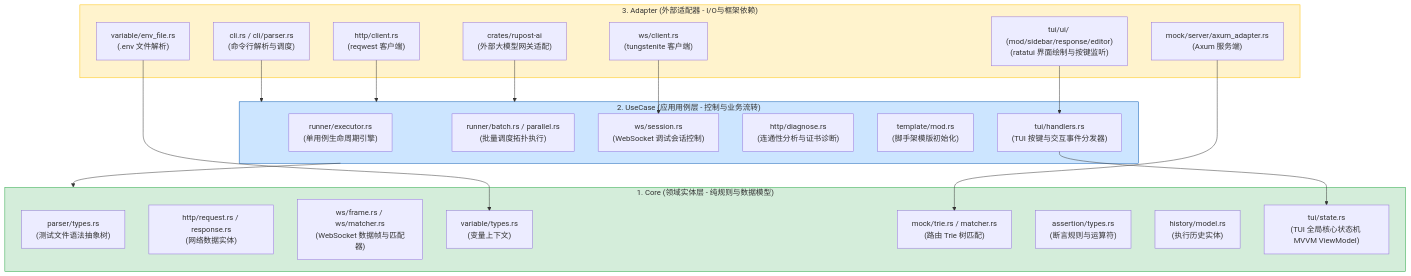
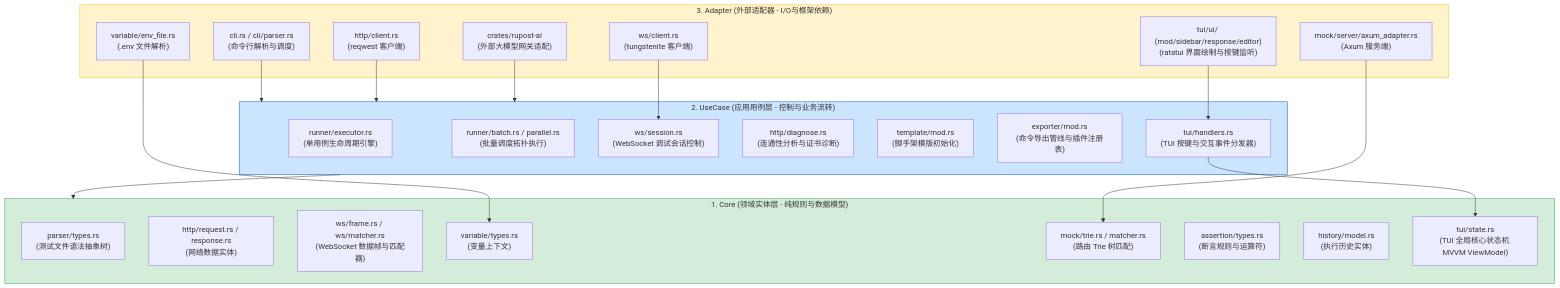
The diagram in doc/architecture/directory_structure.md (zseyen/rupost), drawn with Mermaid before and after one commit. The commit also changed other lines of this file and 16 other files, not shown here.

````diff
--- a/doc/architecture/directory_structure.md
+++ b/doc/architecture/directory_structure.md
@@ -27,48 +27,49 @@
 ```mermaid
 graph TD
     subgraph Adapter ["3. Adapter (外部适配器 - I/O与框架依赖)"]
         CLI["cli.rs / cli/parser.rs<br>(命令行解析与调度)"]
         HttpAdapter["http/client.rs<br>(reqwest 客户端)"]
         WSAdapter["ws/client.rs<br>(tungstenite 客户端)"]
         MockServer["mock/server/axum_adapter.rs<br>(Axum 服务端)"]
         EnvParser["variable/env_file.rs<br>(.env 文件解析)"]
         TUIView["tui/ui/ (mod/sidebar/response/editor)<br>(ratatui 界面绘制与按键监听)"]
         RupostAiCrate["crates/rupost-ai<br>(外部大模型网关适配)"]
     end
 
     subgraph UseCase ["2. UseCase (应用用例层 - 控制与业务流转)"]
         Executor["runner/executor.rs<br>(单用例生命周期引擎)"]
         Batch["runner/batch.rs / parallel.rs<br>(批量调度拓扑执行)"]
         WSSession["ws/session.rs<br>(WebSocket 调试会话控制)"]
         DiagnoseUseCase["http/diagnose.rs<br>(连通性分析与证书诊断)"]
         TemplateInit["template/mod.rs<br>(脚手架模版初始化)"]
+        ExportUseCase["exporter/mod.rs<br>(命令导出管线与插件注册表)"]
         TUIHandlers["tui/handlers.rs<br>(TUI 按键与交互事件分发器)"]
     end
 
     subgraph Core ["1. Core (领域实体层 - 纯规则与数据模型)"]
         AST["parser/types.rs<br>(测试文件语法抽象树)"]
         HttpModel["http/request.rs / response.rs<br>(网络数据实体)"]
         WSModel["ws/frame.rs / ws/matcher.rs<br>(WebSocket 数据帧与匹配器)"]
         VarCtx["variable/types.rs<br>(变量上下文)"]
         Trie["mock/trie.rs / matcher.rs<br>(路由 Trie 树匹配)"]
         AssertTypes["assertion/types.rs<br>(断言规则与运算符)"]
         HistoryModel["history/model.rs<br>(执行历史实体)"]
         TUIState["tui/state.rs<br>(TUI 全局核心状态机 MVVM ViewModel)"]
     end
 
     %% Dependencies (Outwards to Inwards)
     CLI --> UseCase
     HttpAdapter --> UseCase
     WSAdapter --> WSSession
     MockServer --> Trie
     EnvParser --> VarCtx
     TUIView --> TUIHandlers
     TUIHandlers --> TUIState
     RupostAiCrate --> UseCase
 
     UseCase --> Core
     
     style Core fill:#d4edda,stroke:#28a745,stroke-width:1px
     style UseCase fill:#cce5ff,stroke:#0056b3,stroke-width:1px
     style Adapter fill:#fff3cd,stroke:#ffc107,stroke-width:1px
 ```
````
